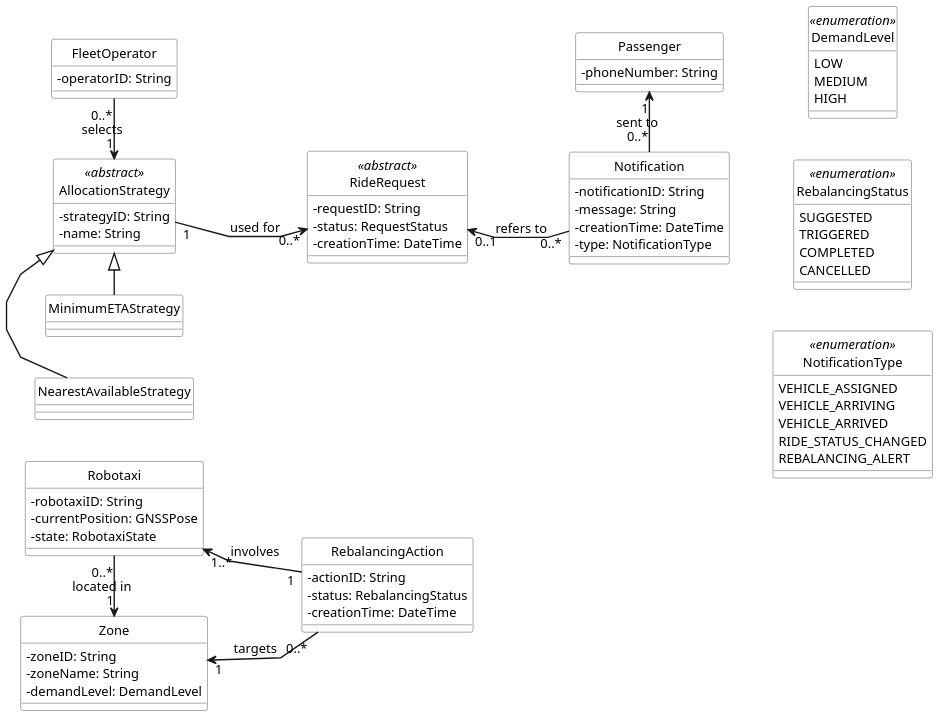
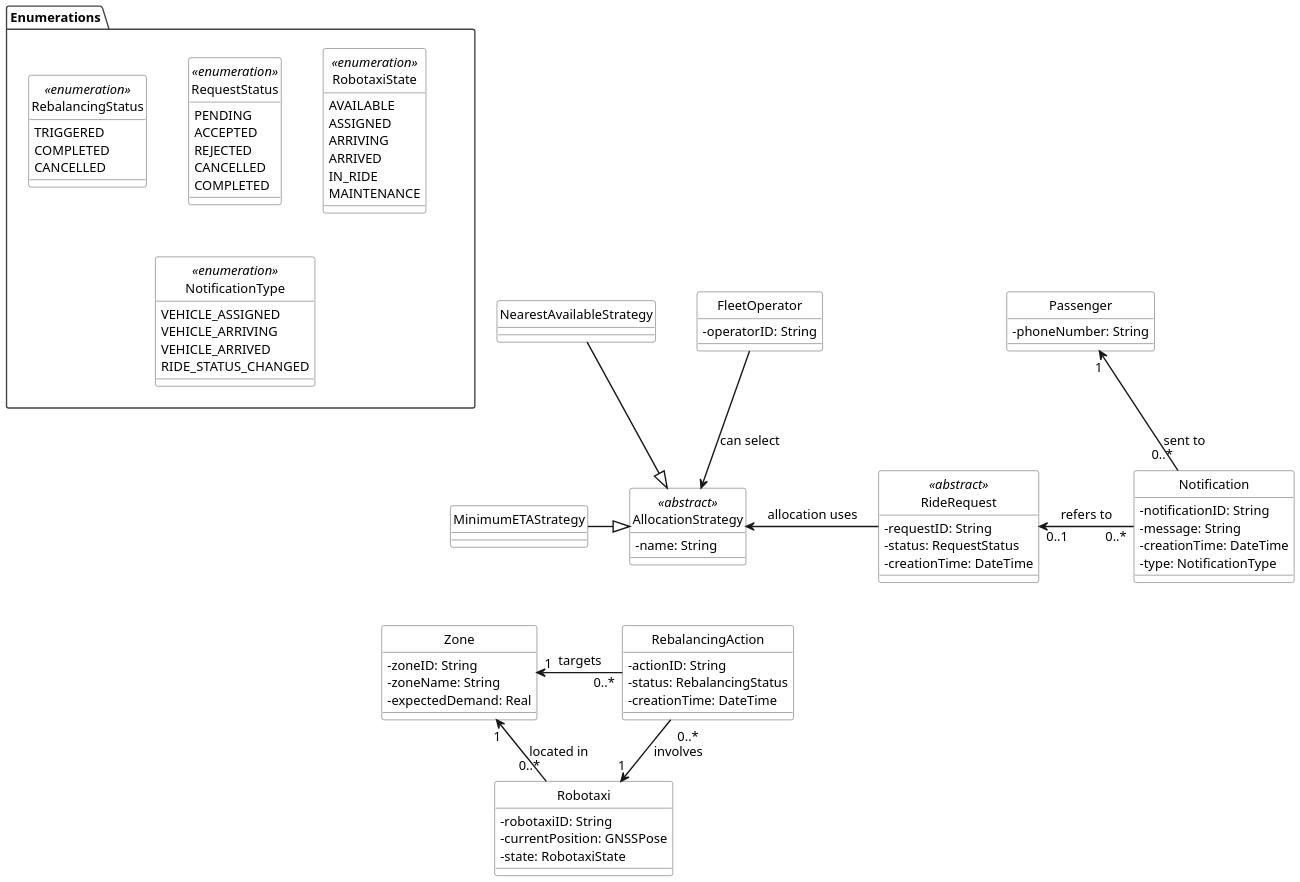
One commit to meggie-0/SE4A_ROAd_MargheritaBertipaglia_DavidCazzaniga_PasqualeIgnarra_Project changed the diagram in RASD/diagrams/class_diagrams/allocation_rebalancing.puml. Above: the diagram before and after it, drawn with PlantUML. The commit also changed 5 other files, not shown here.

Commit message:
Updated Rasd class diagrams

```diff
--- a/RASD/diagrams/class_diagrams/allocation_rebalancing.puml
+++ b/RASD/diagrams/class_diagrams/allocation_rebalancing.puml
@@ -1,151 +1,159 @@
 @startuml
 
 skinparam backgroundColor white
 skinparam shadowing false
 skinparam defaultFontName Arial
 skinparam defaultFontSize 14
 skinparam dpi 150
-skinparam maxMessageSize 90
-skinparam pageMargin 20
 skinparam classAttributeIconSize 0
 skinparam linetype polyline
 skinparam nodesep 45
 skinparam ranksep 45
 skinparam ArrowThickness 1.5
+skinparam packageStyle folder
 
 skinparam class {
     BackgroundColor white
     BorderColor #444444
     FontColor black
     HeaderBackgroundColor white
 }
 
-skinparam enum {
+skinparam package {
     BackgroundColor white
     BorderColor #444444
     FontColor black
-    HeaderBackgroundColor white
 }
 
 hide circle
-left to right direction
+top to bottom direction
+
+package "Enumerations" as EN {
+    enum RebalancingStatus <<enumeration>> {
+        TRIGGERED
+        COMPLETED
+        CANCELLED
+    }
+
+    enum NotificationType <<enumeration>> {
+        VEHICLE_ASSIGNED
+        VEHICLE_ARRIVING
+        VEHICLE_ARRIVED
+        RIDE_STATUS_CHANGED
+    }
+
+    enum RequestStatus <<enumeration>> {
+        PENDING
+        ACCEPTED
+        REJECTED
+        CANCELLED
+        COMPLETED
+    }
+
+    enum RobotaxiState <<enumeration>> {
+        AVAILABLE
+        ASSIGNED
+        ARRIVING
+        ARRIVED
+        IN_RIDE
+        MAINTENANCE
+    }
+
+    RebalancingStatus -[hidden]right- RequestStatus
+    RequestStatus -[hidden]right- RobotaxiState
+    RequestStatus -[hidden]down- NotificationType
+}
 
 class FleetOperator {
     - operatorID: String
 }
 
 class AllocationStrategy <<abstract>> {
-    - strategyID: String
     - name: String
 }
 
 class NearestAvailableStrategy {
 }
 
 class MinimumETAStrategy {
 }
 
 class RideRequest <<abstract>> {
     - requestID: String
     - status: RequestStatus
     - creationTime: DateTime
 }
 
 class Passenger {
     - phoneNumber: String
 }
 
 class Notification {
     - notificationID: String
     - message: String
     - creationTime: DateTime
     - type: NotificationType
 }
 
 class Robotaxi {
     - robotaxiID: String
     - currentPosition: GNSSPose
     - state: RobotaxiState
 }
 
 class Zone {
     - zoneID: String
     - zoneName: String
-    - demandLevel: DemandLevel
+    - expectedDemand: Real
 }
 
 class RebalancingAction {
     - actionID: String
     - status: RebalancingStatus
     - creationTime: DateTime
 }
 
-enum DemandLevel <<enumeration>> {
-    LOW
-    MEDIUM
-    HIGH
-}
-
-enum RebalancingStatus <<enumeration>> {
-    SUGGESTED
-    TRIGGERED
-    COMPLETED
-    CANCELLED
-}
-
-enum NotificationType <<enumeration>> {
-    VEHICLE_ASSIGNED
-    VEHICLE_ARRIVING
-    VEHICLE_ARRIVED
-    RIDE_STATUS_CHANGED
-    REBALANCING_ALERT
-}
-
 ' =========================
 ' Layout constraints
 ' =========================
 
-' Allocation area
-FleetOperator -[hidden]right- AllocationStrategy
-AllocationStrategy -[hidden]right- NearestAvailableStrategy
-NearestAvailableStrategy -[hidden]left- MinimumETAStrategy
-AllocationStrategy -[hidden]down- RideRequest
+EN -[hidden]down- FleetOperator
 
-' Notification area
-RideRequest -[hidden]down- Notification
-Passenger -[hidden]right- Notification
+FleetOperator -[hidden]right- Passenger
 
-' Rebalancing area
-Robotaxi -[hidden]right- Zone
-Zone -[hidden]down- RebalancingAction
-Robotaxi -[hidden]down- RebalancingAction
+NearestAvailableStrategy -[hidden]down- MinimumETAStrategy
 
-' Keep right-side area separated from left-side area
-NearestAvailableStrategy -[hidden]right- Robotaxi
-MinimumETAStrategy -[hidden]right- Robotaxi
+AllocationStrategy -[hidden]down- RebalancingAction
+MinimumETAStrategy -[hidden]down- Zone
 
-' Enumerations area
-Passenger -[hidden]down- DemandLevel
-DemandLevel -[hidden]right- RebalancingStatus
-RebalancingStatus -[hidden]right- NotificationType
+' Keep allocation strategy to the left of ride requests
+AllocationStrategy -[hidden]right- RideRequest
 
 ' =========================
-' Visible relations
+' Generalizations
 ' =========================
 
-NearestAvailableStrategy --|> AllocationStrategy
-MinimumETAStrategy -left-|> AllocationStrategy
+NearestAvailableStrategy -right-|> AllocationStrategy
+MinimumETAStrategy -right-|> AllocationStrategy
 
-FleetOperator "0..*" -right-> "1" AllocationStrategy : selects
+' =========================
+' Dependencies
+' =========================
 
-AllocationStrategy "1" -down-> "0..*" RideRequest : used for
+FleetOperator -down-> AllocationStrategy : can select
 
-Notification "0..*" -left-> "1" Passenger : sent to
-Notification "0..*" -up-> "0..1" RideRequest : refers to
+RideRequest -left-> AllocationStrategy : allocation uses
 
-Robotaxi "0..*" -right-> "1" Zone : located in
+' =========================
+' Associations
+' =========================
 
-RebalancingAction "1" -up-> "1..*" Robotaxi : involves
-RebalancingAction "0..*" -up-> "1" Zone : targets
+Notification "0..*" -up-> "1" Passenger : sent to
+Notification "0..*" -left-> "0..1" RideRequest : refers to
+
+RebalancingAction "0..*" -left-> "1" Zone : targets
+RebalancingAction "0..*\n\n\n\n" -down-> "1" Robotaxi : involves
+
+Robotaxi "0..*" -up-> "1" Zone : located in
 
 @enduml
```
